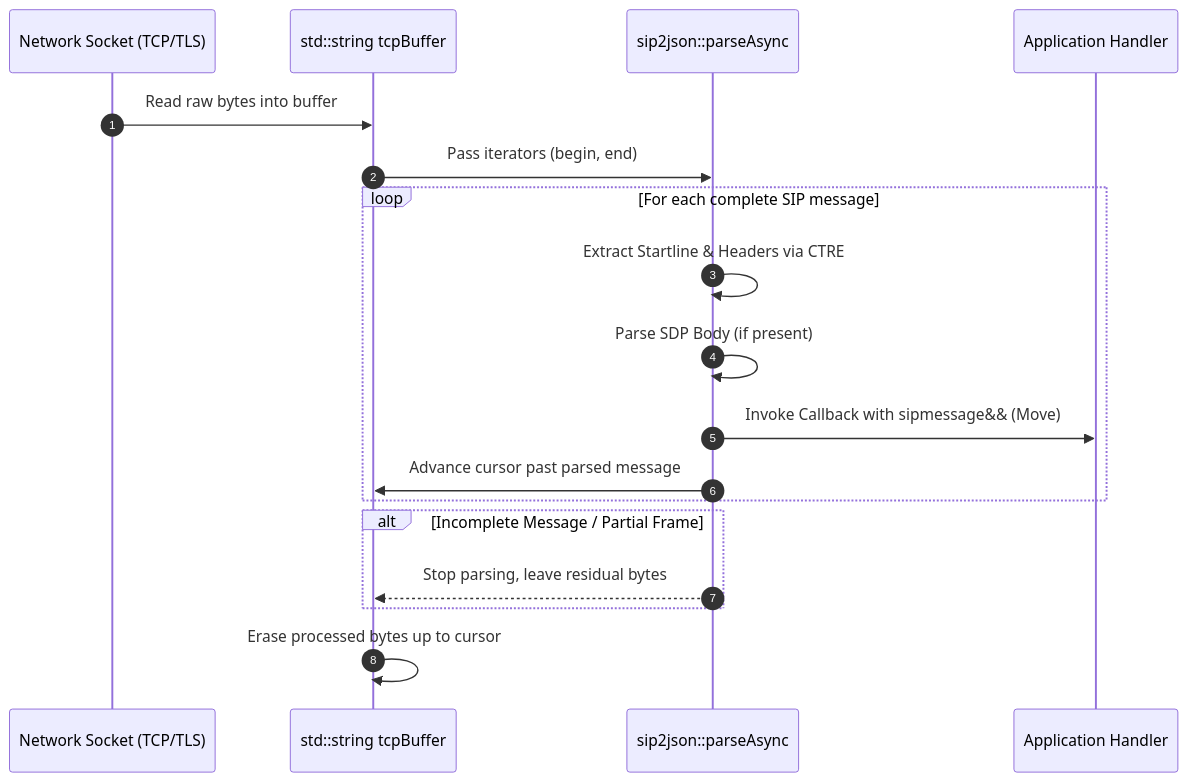
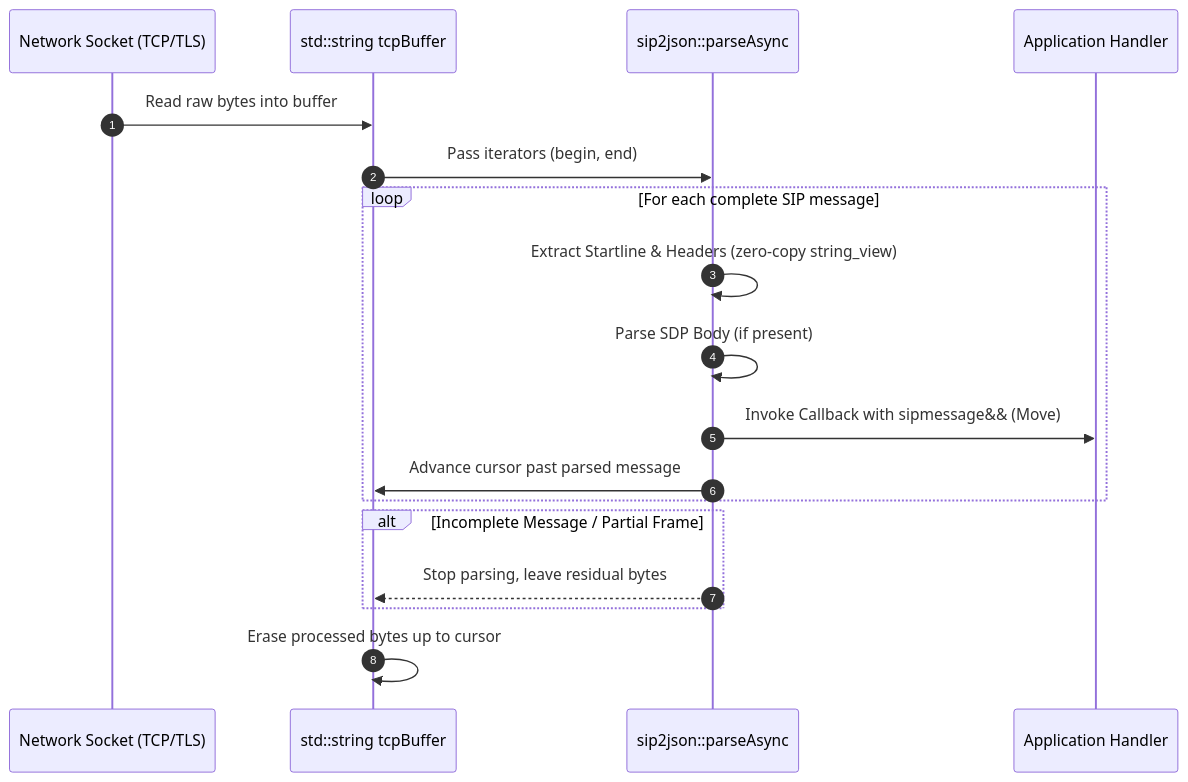
One commit to SiddiqSoft/sip2json changed the diagram in docs/architecture/async.md. Above: the diagram before and after it, drawn with Mermaid. The commit also changed other lines of this file and 22 other files, not shown here.

First line of the commit message:
feat: eliminate CTRE dependency in favor of zero-copy C++23 std::string_view parsing

````diff
--- a/docs/architecture/async.md
+++ b/docs/architecture/async.md
@@ -9,21 +9,21 @@
 ```mermaid
 sequenceDiagram
     autonumber
     participant Net as Network Socket (TCP/TLS)
     participant Buf as std::string tcpBuffer
     participant Parser as sip2json::parseAsync
     participant App as Application Handler
 
     Net->>Buf: Read raw bytes into buffer
     Buf->>Parser: Pass iterators (begin, end)
     loop For each complete SIP message
-        Parser->>Parser: Extract Startline & Headers via CTRE
+        Parser->>Parser: Extract Startline & Headers (zero-copy string_view)
         Parser->>Parser: Parse SDP Body (if present)
         Parser->>App: Invoke Callback with sipmessage&& (Move)
         Parser->>Buf: Advance cursor past parsed message
     end
     alt Incomplete Message / Partial Frame
         Parser-->>Buf: Stop parsing, leave residual bytes
     end
     Buf->>Buf: Erase processed bytes up to cursor
 ```
````
